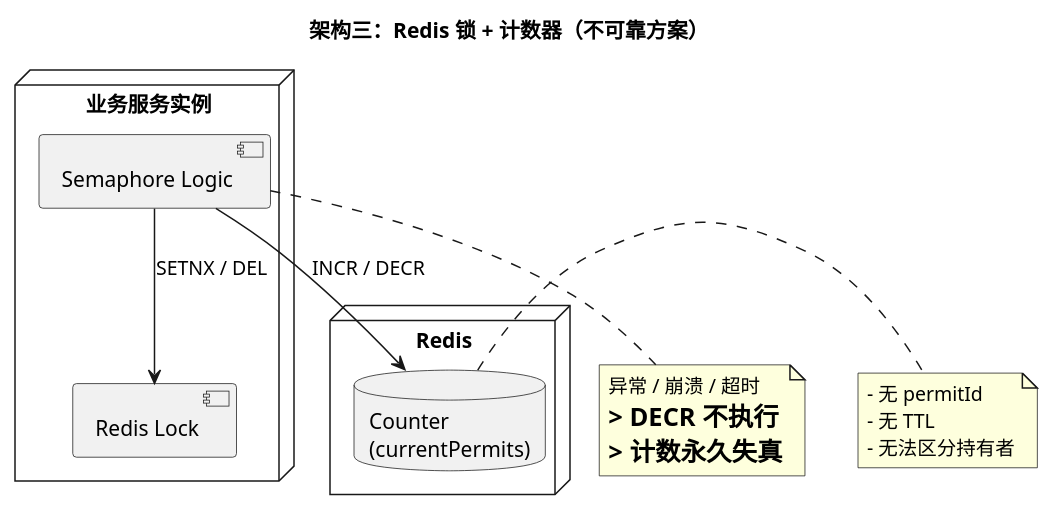
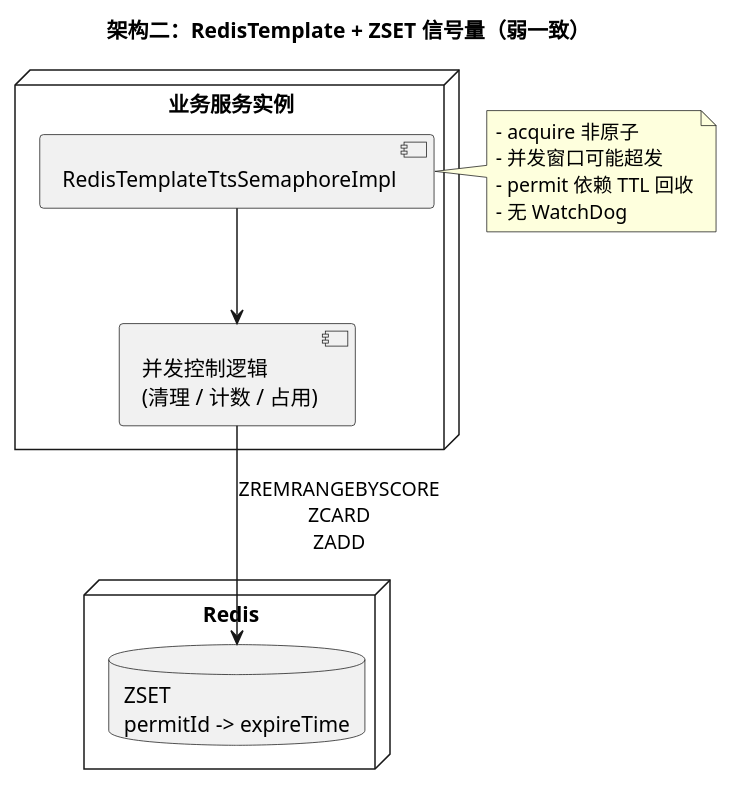
The diagram in src/main/puml/信号量-redistemplate.puml (WhoKilledMe/accountlife), drawn with PlantUML before and after one commit. The commit also changed 15 other files, not shown here.

```diff
--- a/src/main/puml/信号量-redistemplate.puml
+++ b/src/main/puml/信号量-redistemplate.puml
@@ -1,27 +1,22 @@
 @startuml
-title 架构三：Redis 锁 + 计数器（不可靠方案）
+title 架构二：RedisTemplate + ZSET 信号量（弱一致）
 
 node "业务服务实例" {
-    component "Semaphore Logic"
-    component "Redis Lock"
+    component "RedisTemplateTtsSemaphoreImpl"
+    component "并发控制逻辑\n(清理 / 计数 / 占用)"
 }
 
 node "Redis" {
-    database "Counter\n(currentPermits)"
+    database "ZSET\npermitId -> expireTime"
 }
 
-"Semaphore Logic" --> "Redis Lock" : SETNX / DEL
-"Semaphore Logic" --> "Counter\n(currentPermits)" : INCR / DECR
+"RedisTemplateTtsSemaphoreImpl" --> "并发控制逻辑\n(清理 / 计数 / 占用)"
+"并发控制逻辑\n(清理 / 计数 / 占用)" --> "ZSET\npermitId -> expireTime" : ZREMRANGEBYSCORE\nZCARD\nZADD
 
-note right of "Counter\n(currentPermits)"
-- 无 permitId
-- 无 TTL
-- 无法区分持有者
-end note
-
-note bottom of "Semaphore Logic"
-异常 / 崩溃 / 超时
-=> DECR 不执行
-=> 计数永久失真
+note right of "RedisTemplateTtsSemaphoreImpl"
+- acquire 非原子
+- 并发窗口可能超发
+- permit 依赖 TTL 回收
+- 无 WatchDog
 end note
 @enduml
```
